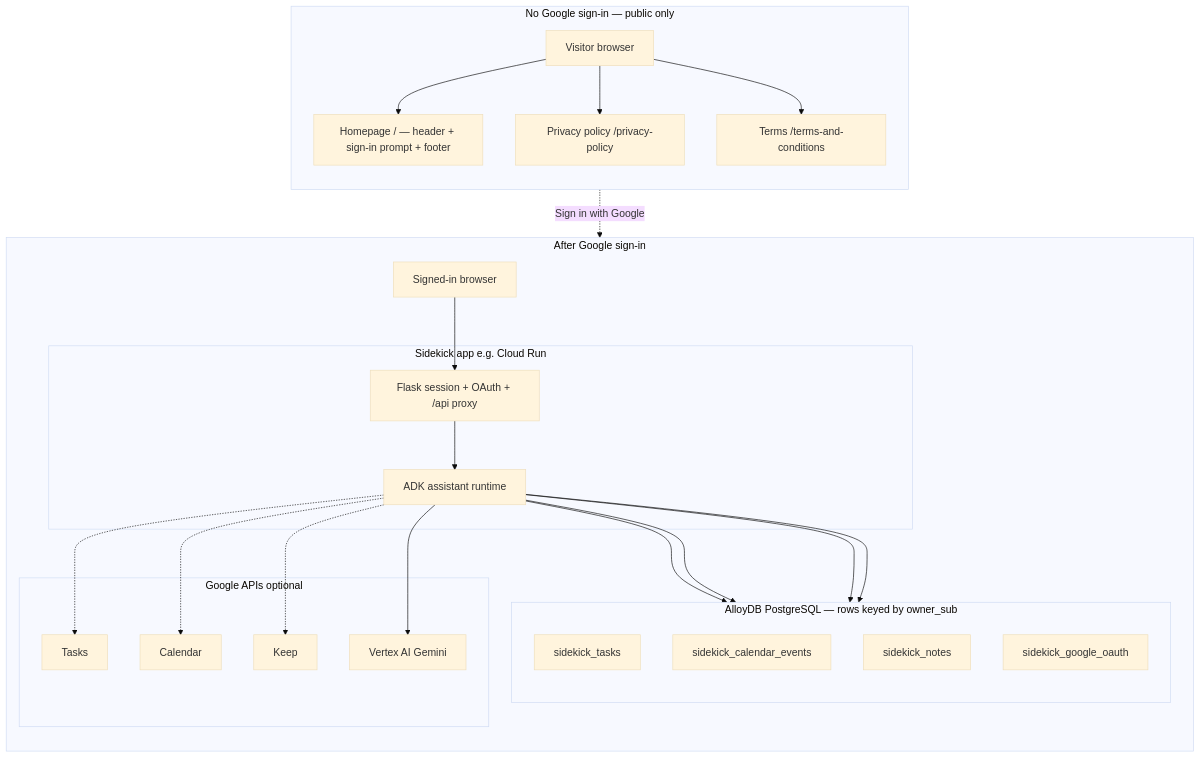
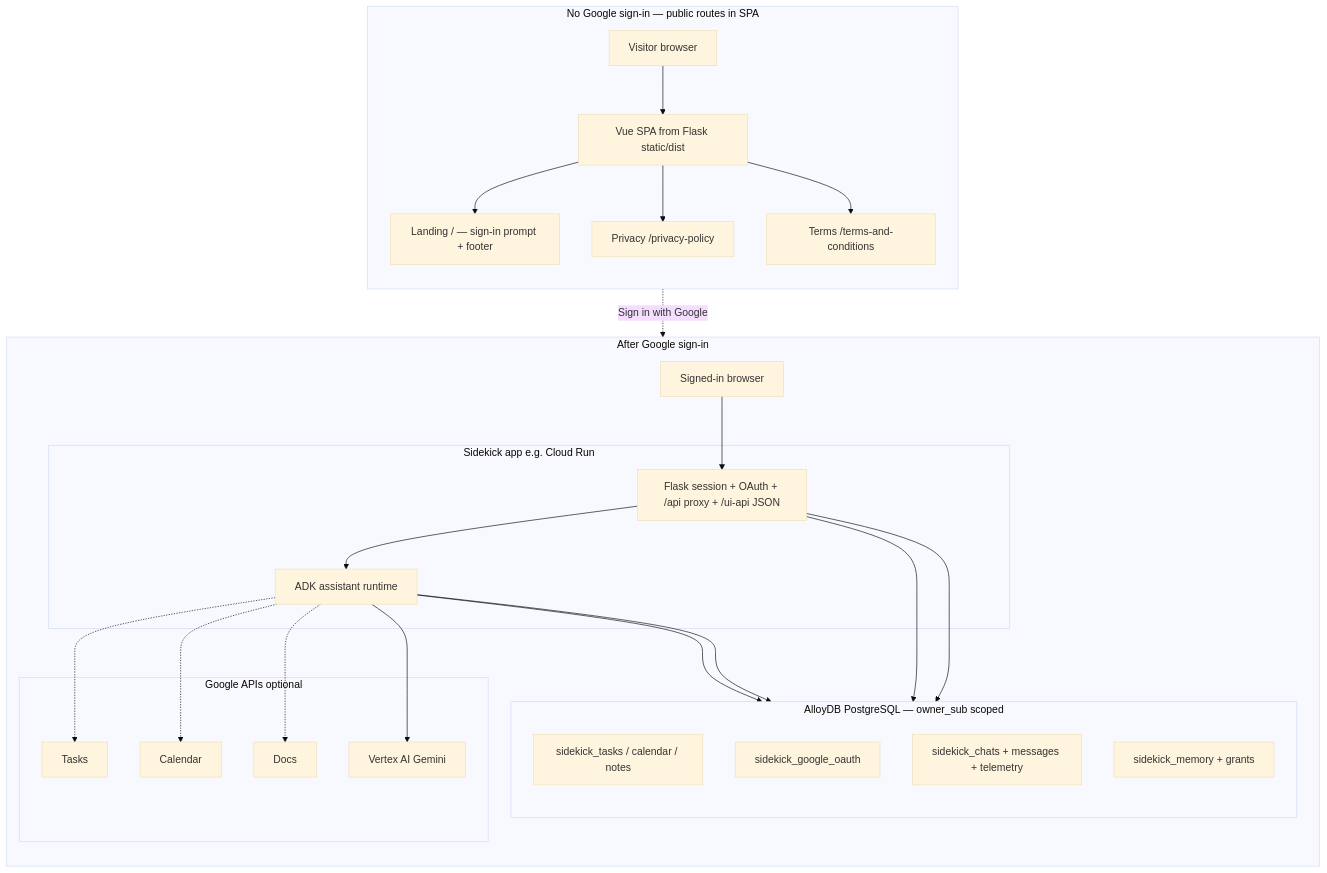
One commit to bolleyboll/h2s-google-genai-apac-cohort1-final changed the first of 10 diagrams in README.md. Above: the diagram before and after it, drawn with Mermaid (base theme). The commit also changed other lines of this file and 70 other files, not shown here.

````diff
--- a/README.md
+++ b/README.md
@@ -55,44 +57,46 @@
 ```mermaid
 flowchart TB
-  subgraph Public["No Google sign-in — public only"]
+  subgraph Public["No Google sign-in — public routes in SPA"]
     direction TB
     V[Visitor browser]
-    V --> Home[Homepage / — header + sign-in prompt + footer]
-    V --> Priv[Privacy policy /privacy-policy]
-    V --> Tos[Terms /terms-and-conditions]
+    SPA[Vue SPA from Flask static/dist]
+    V --> SPA
+    SPA --> Home[Landing / — sign-in prompt + footer]
+    SPA --> Priv[Privacy /privacy-policy]
+    SPA --> Tos[Terms /terms-and-conditions]
   end
 
   subgraph Authenticated["After Google sign-in"]
     direction TB
     B[Signed-in browser]
     subgraph App["Sidekick app e.g. Cloud Run"]
-      Web[Flask session + OAuth + /api proxy]
+      Web[Flask session + OAuth + /api proxy + /ui-api JSON]
       Brain[ADK assistant runtime]
     end
-    subgraph AlloyDB["AlloyDB PostgreSQL — rows keyed by owner_sub"]
+    subgraph AlloyDB["AlloyDB PostgreSQL — owner_sub scoped"]
       direction TB
-      T[sidekick_tasks]
-      C[sidekick_calendar_events]
-      N[sidekick_notes]
+      T[sidekick_tasks / calendar / notes]
       O[sidekick_google_oauth]
+      Chat[sidekick_chats + messages + telemetry]
+      Mem[sidekick_memory + grants]
     end
     subgraph GoogleAPIs["Google APIs optional"]
       Tasks[Tasks]
       Cal[Calendar]
-      Keep[Keep]
+      Docs[Docs]
       Vertex[Vertex AI Gemini]
     end
     B --> Web
     Web --> Brain
+    Web --> Chat
+    Web --> Mem
     Brain --> T
-    Brain --> C
-    Brain --> N
     Brain --> O
     Brain -.-> Tasks
     Brain -.-> Cal
-    Brain -.-> Keep
+    Brain -.-> Docs
     Brain --> Vertex
   end
 
   Home -.->|Sign in with Google| Web
 ```
````
